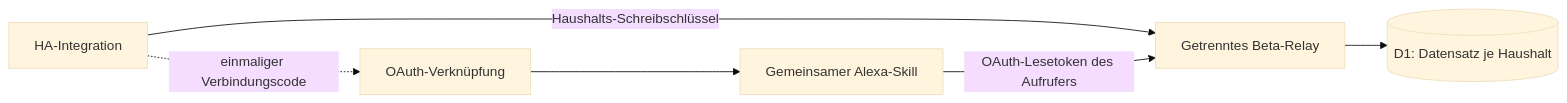
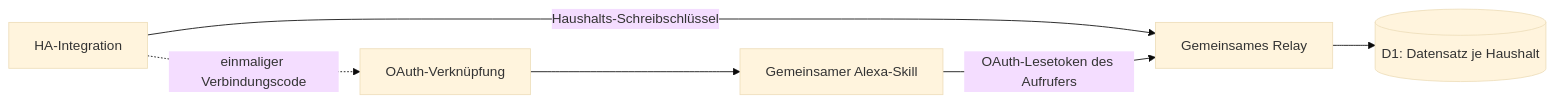
One commit to kulmi84/solaranlage-echo-show changed the diagram in docs/HACS.md. Above: the diagram before and after it, drawn with Mermaid (base theme). The commit also changed other lines of this file and 6 other files, not shown here.

````diff
--- a/docs/HACS.md
+++ b/docs/HACS.md
@@ -115,8 +115,8 @@
 ```mermaid
 flowchart LR
-  HA[HA-Integration] -->|Haushalts-Schreibschlüssel| W[Getrenntes Beta-Relay]
+  HA[HA-Integration] -->|Haushalts-Schreibschlüssel| W[Gemeinsames Relay]
   W --> D[(D1: Datensatz je Haushalt)]
   A[Gemeinsamer Alexa-Skill] -->|OAuth-Lesetoken des Aufrufers| W
   HA -. einmaliger Verbindungscode .-> O[OAuth-Verknüpfung]
   O --> A
 ```
````
